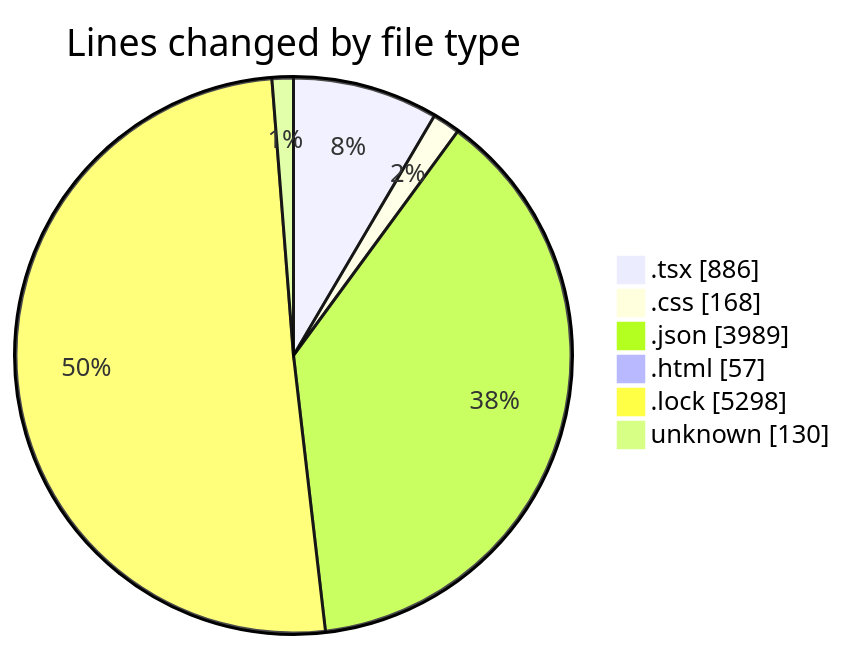
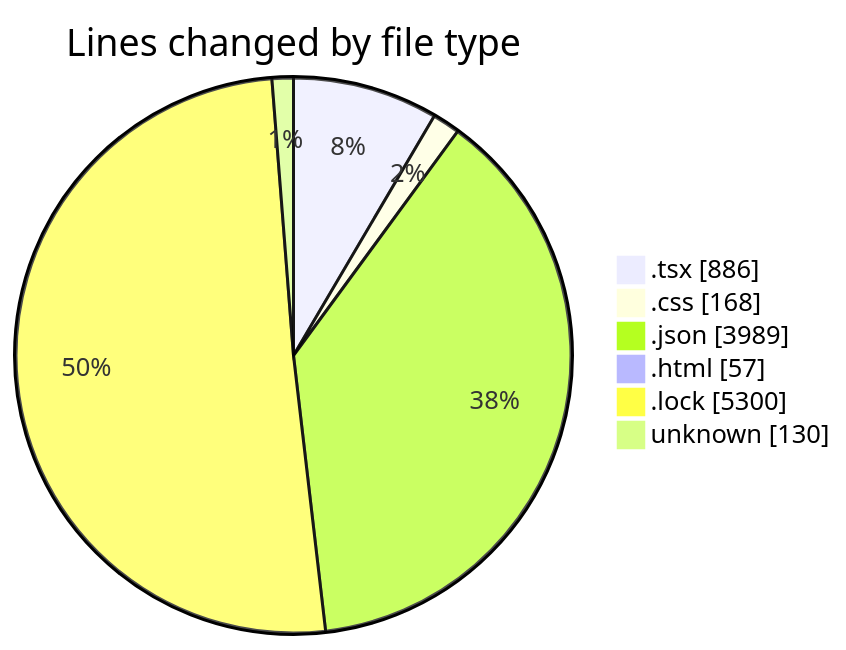
One commit to EIIisD/code-tracking changed the first of 2 diagrams in 2025-08-12/ribbon/README.md. Above: the diagram before and after it, drawn with Mermaid. The commit also changed other lines of this file and 1 other file, not shown here.

````diff
--- a/2025-08-12/ribbon/README.md
+++ b/2025-08-12/ribbon/README.md
@@ -34,10 +34,10 @@
 ```mermaid
 pie showData
 title Lines changed by file type
 ".tsx" : 886
 ".css" : 168
 ".json" : 3989
 ".html" : 57
-".lock" : 5298
+".lock" : 5300
 "unknown" : 130
 ```
````
